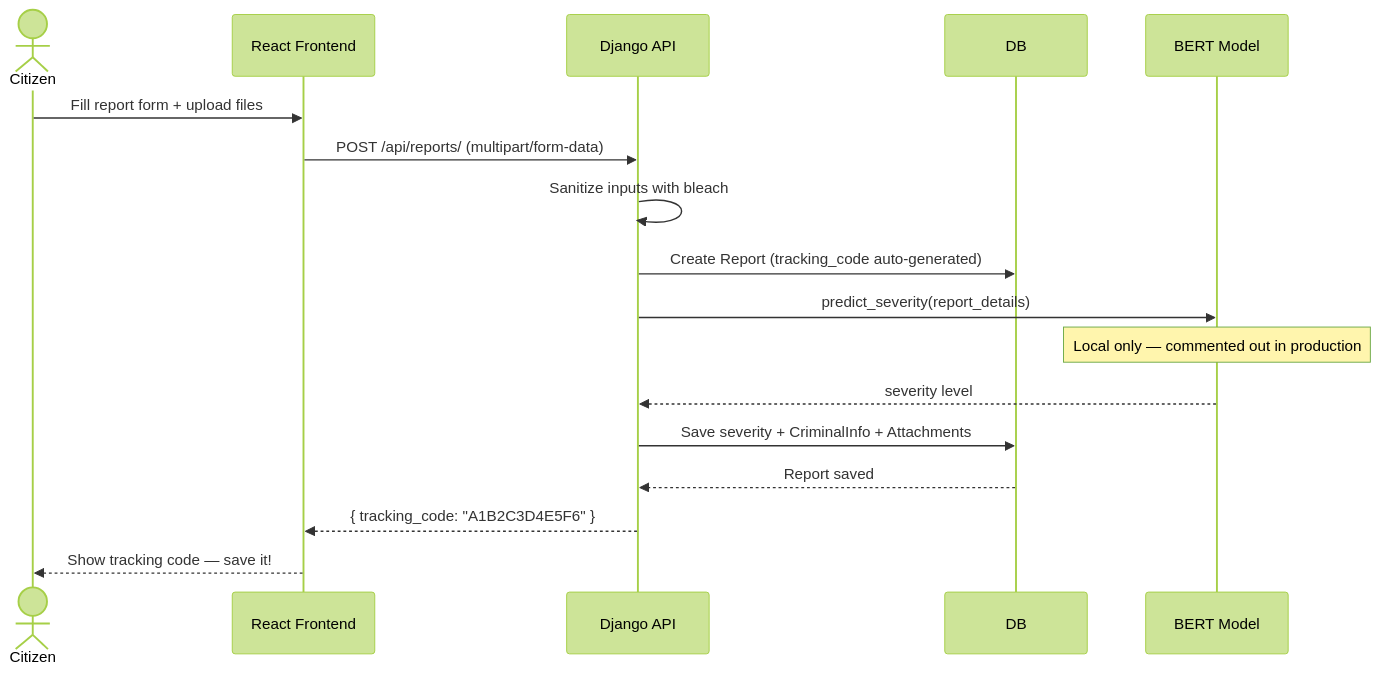
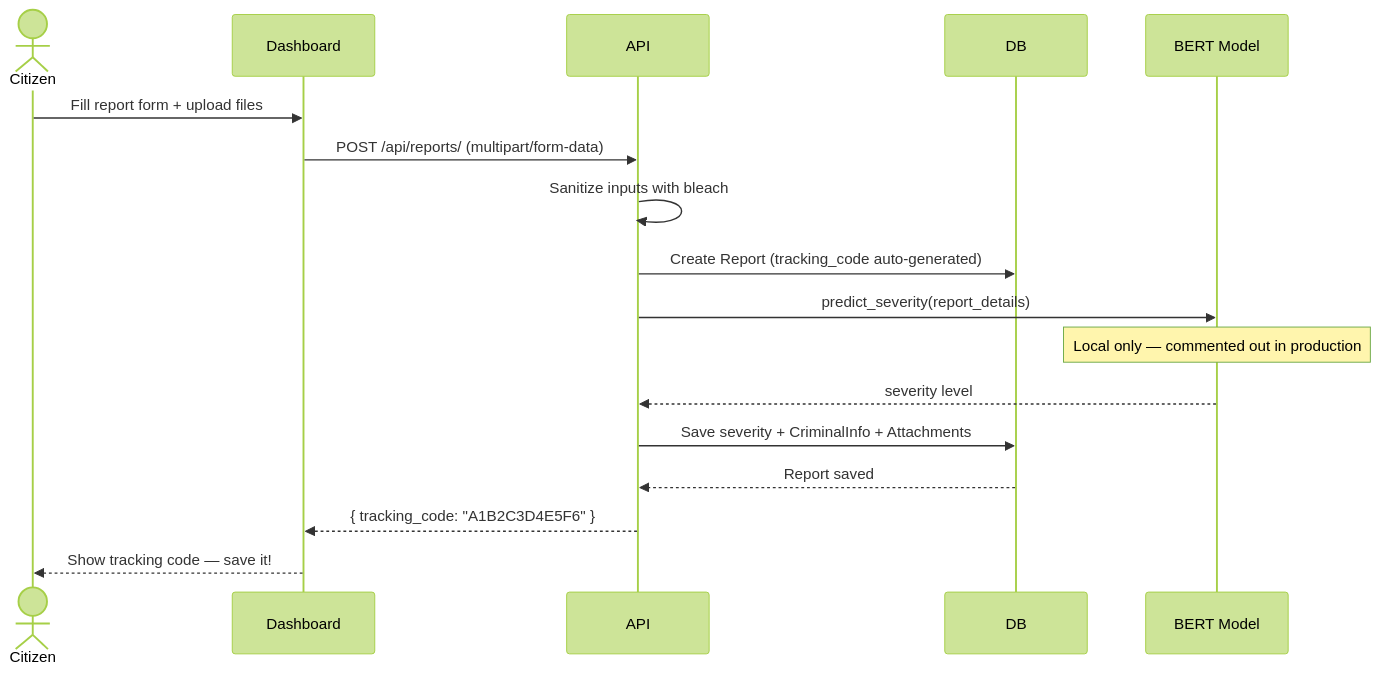
The second of 5 diagrams in test.md (salmakhalill/Python-Sec-Sandbox), drawn with Mermaid (forest theme) before and after one commit.

````diff
--- a/test.md
+++ b/test.md
@@ -269,20 +269,20 @@
 ```mermaid
 sequenceDiagram
     actor Citizen
-    participant React as React Frontend
-    participant API as Django API
+    participant React as Dashboard
+    participant API as API
     participant DB
     participant AI as BERT Model
 
     Citizen->>React: Fill report form + upload files
     React->>API: POST /api/reports/ (multipart/form-data)
     API->>API: Sanitize inputs with bleach
     API->>DB: Create Report (tracking_code auto-generated)
     API->>AI: predict_severity(report_details)
     Note over AI: Local only — commented out in production
     AI-->>API: severity level
     API->>DB: Save severity + CriminalInfo + Attachments
     DB-->>API: Report saved
     API-->>React: { tracking_code: "A1B2C3D4E5F6" }
     React-->>Citizen: Show tracking code — save it!
 ```
````
